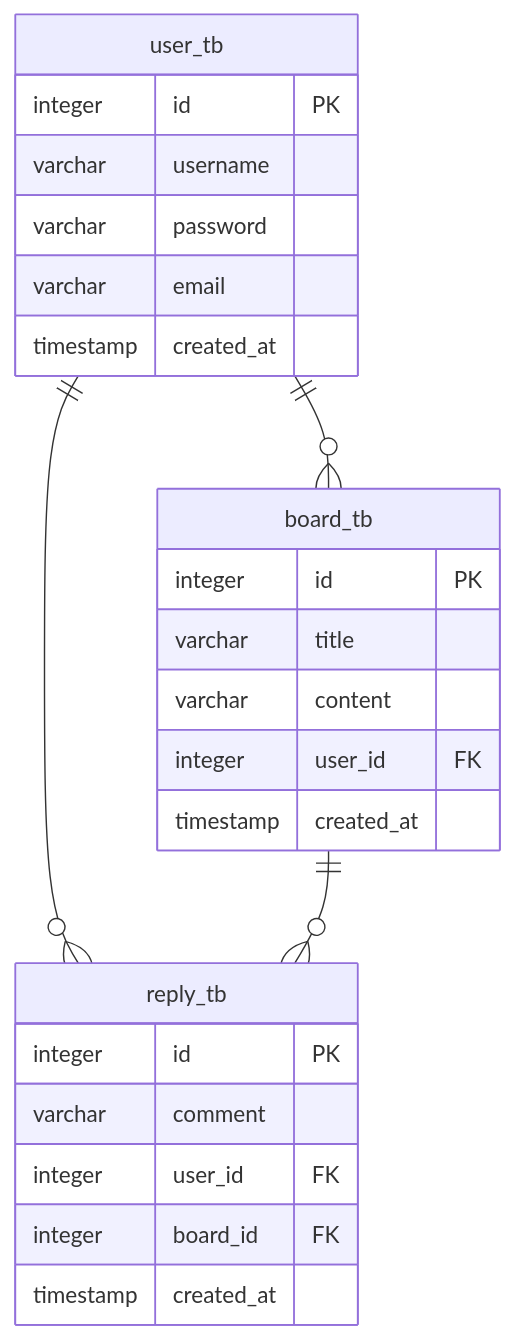
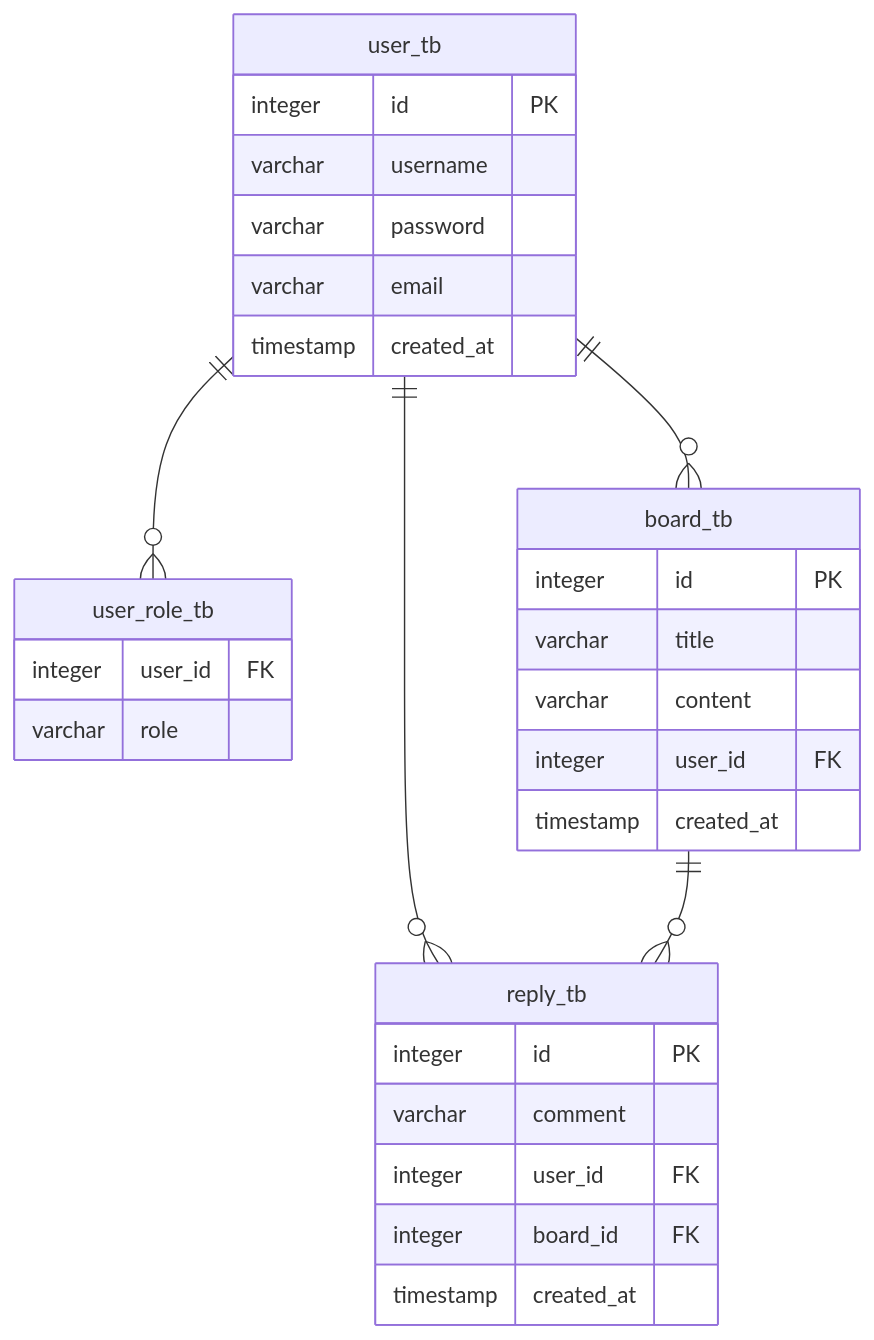
The diagram in .projectcode/wiki/erd.md (insertvalue2/rest_api_spring_boot_v1), drawn with Mermaid before and after one commit. The commit also changed other lines of this file and 6 other files, not shown here.

````diff
--- a/.projectcode/wiki/erd.md
+++ b/.projectcode/wiki/erd.md
@@ -5,27 +5,32 @@
 ```mermaid
 erDiagram
+  user_tb ||--o{ user_role_tb : ""
   user_tb ||--o{ board_tb : ""
   user_tb ||--o{ reply_tb : ""
   board_tb ||--o{ reply_tb : ""
   user_tb {
     integer id PK
     varchar username
     varchar password
     varchar email
     timestamp created_at
+  }
+  user_role_tb {
+    integer user_id FK
+    varchar role
   }
   board_tb {
     integer id PK
     varchar title
     varchar content
     integer user_id FK
     timestamp created_at
   }
   reply_tb {
     integer id PK
     varchar comment
     integer user_id FK
     integer board_id FK
     timestamp created_at
   }
 ```
````
